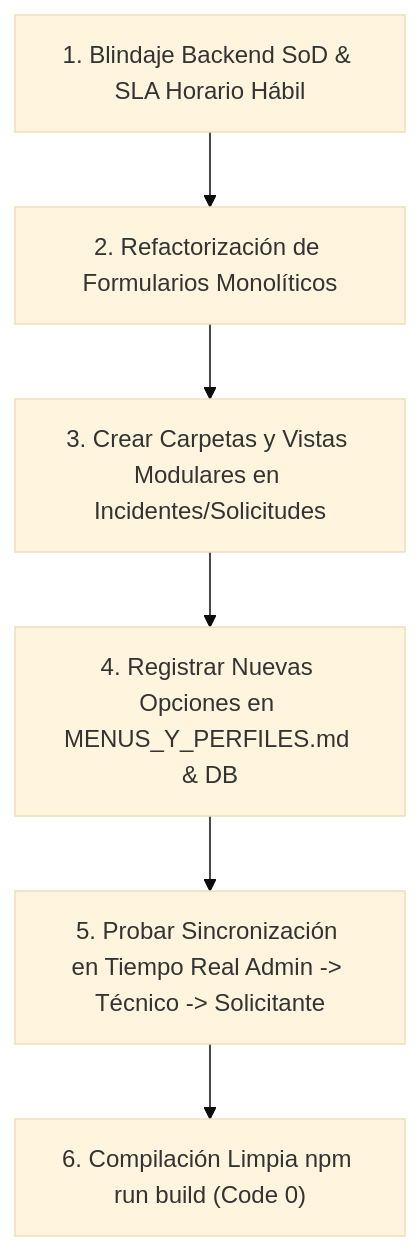
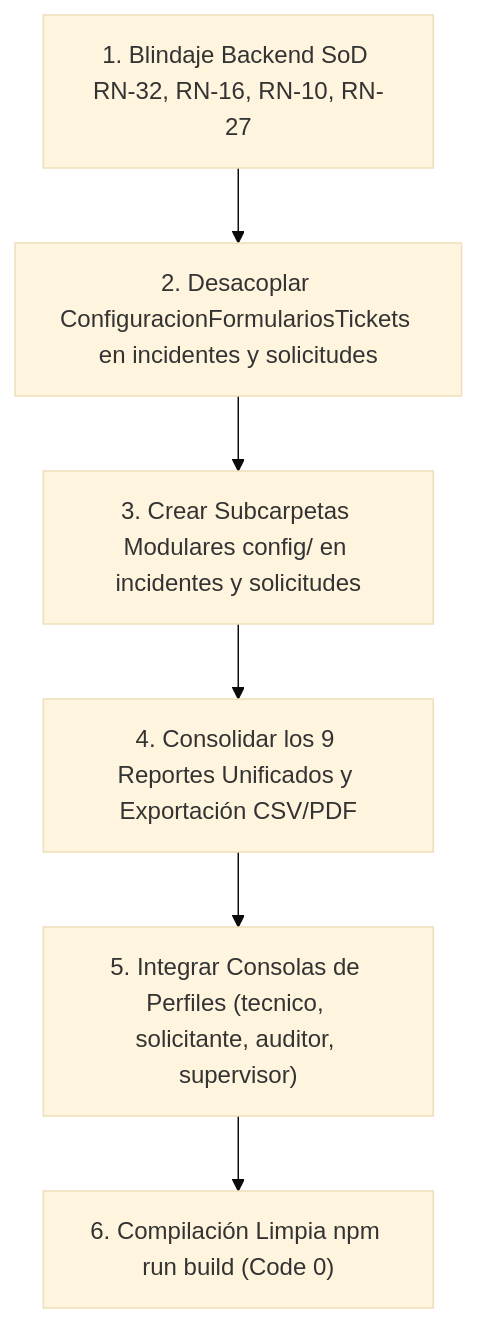
The diagram in DOCUMENTACIÓN/ASIGNACION_MIGUEL.md (Azure-2312/FlowDesk-Software-ITSM), drawn with Mermaid (base theme) before and after one commit. The commit also changed other lines of this file and 4 other files, not shown here.

````diff
--- a/DOCUMENTACIÓN/ASIGNACION_MIGUEL.md
+++ b/DOCUMENTACIÓN/ASIGNACION_MIGUEL.md
@@ -203,8 +216,8 @@
 ```mermaid
 flowchart TD
-    A["1. Blindaje Backend SoD & SLA Horario Hábil"] --> B["2. Refactorización de Formularios Monolíticos"]
-    B --> C["3. Crear Carpetas y Vistas Modulares en Incidentes/Solicitudes"]
-    C --> D["4. Registrar Nuevas Opciones en MENUS_Y_PERFILES.md & DB"]
-    D --> E["5. Probar Sincronización en Tiempo Real Admin -> Técnico -> Solicitante"]
+    A["1. Blindaje Backend SoD RN-32, RN-16, RN-10, RN-27"] --> B["2. Desacoplar ConfiguracionFormulariosTickets en incidentes y solicitudes"]
+    B --> C["3. Crear Subcarpetas Modulares config/ en incidentes y solicitudes"]
+    C --> D["4. Consolidar los 9 Reportes Unificados y Exportación CSV/PDF"]
+    D --> E["5. Integrar Consolas de Perfiles (tecnico, solicitante, auditor, supervisor)"]
     E --> F["6. Compilación Limpia npm run build (Code 0)"]
 ```
````
